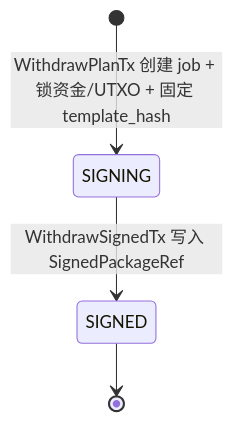
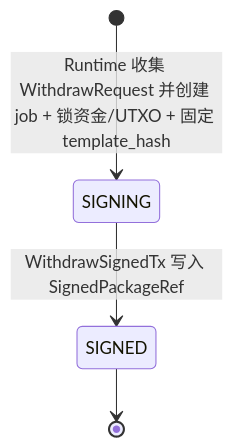
Before and after one commit to davidLeeeeeeeeeeee/dex: the fourth of 6 diagrams in frost/design_v2_job.md, drawn with Mermaid. The commit also changed other lines of this file and 1 other file, not shown here.

````diff
--- a/frost/design_v2_job.md
+++ b/frost/design_v2_job.md
@@ -308,6 +369,6 @@
 ```mermaid
 stateDiagram-v2
-  [*] --> SIGNING: WithdrawPlanTx 创建 job + 锁资金/UTXO + 固定 template_hash
+  [*] --> SIGNING: Runtime 收集 WithdrawRequest 并创建 job + 锁资金/UTXO + 固定 template_hash
   SIGNING --> SIGNED: WithdrawSignedTx 写入 SignedPackageRef
   SIGNED --> [*]
 ```
````
